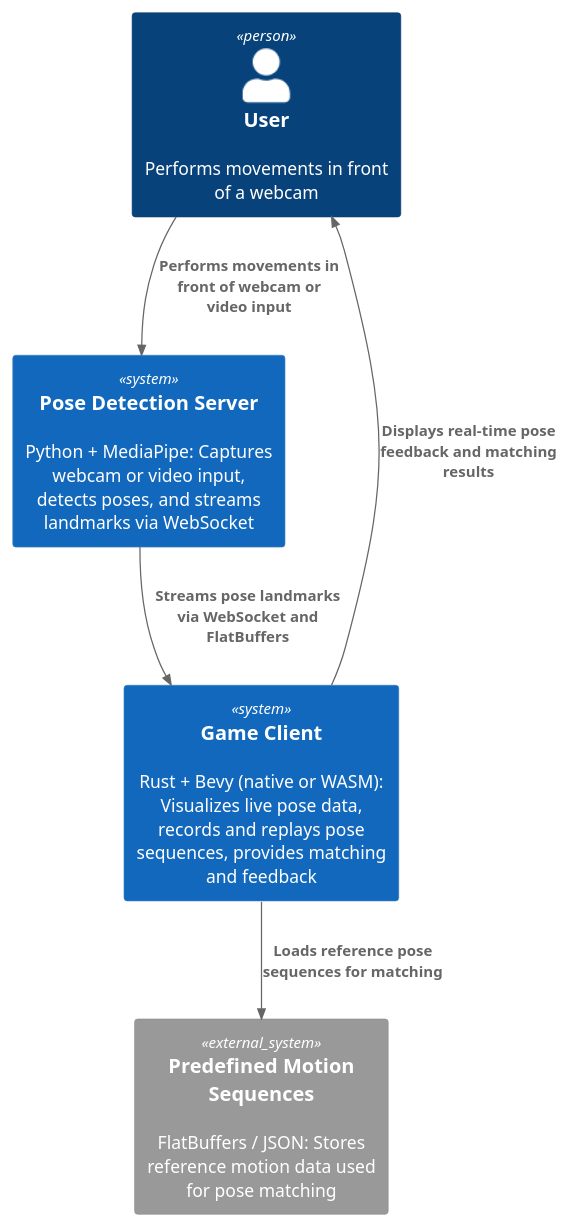
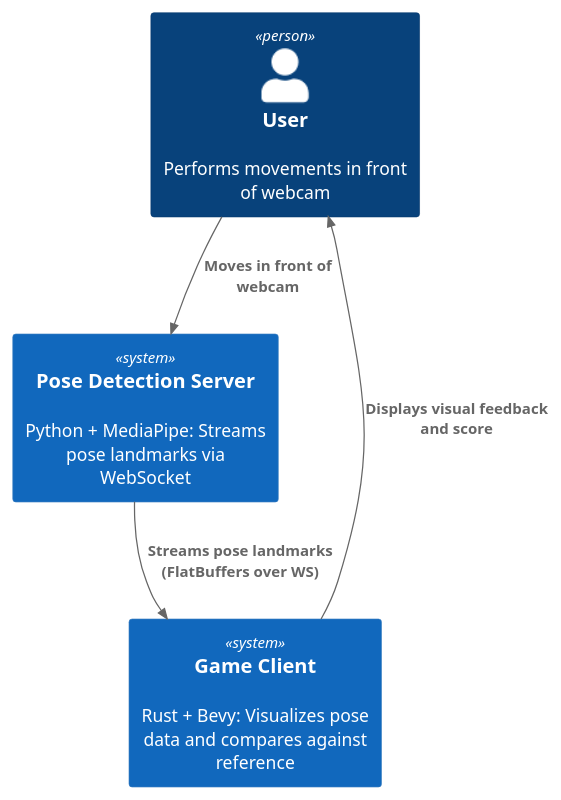
One commit to tobiaslocker/pose changed the diagram in docs/arch/diagrams/c4-level-1-system-context.puml. Above: the diagram before and after it, drawn with PlantUML. The commit also changed 2 other files, not shown here.

```diff
--- a/docs/arch/diagrams/c4-level-1-system-context.puml
+++ b/docs/arch/diagrams/c4-level-1-system-context.puml
@@ -1,17 +1,13 @@
 @startuml
 !includeurl https://raw.githubusercontent.com/plantuml-stdlib/C4-PlantUML/master/C4_Context.puml
 
-Person(user, "User", "Performs movements in front of a webcam")
+Person(user, "User", "Performs movements in front of webcam")
 
-System(gameClient, "Game Client", "Rust + Bevy (native or WASM): Visualizes live pose data, records and replays pose sequences, provides matching and feedback")
+System(gameClient, "Game Client", "Rust + Bevy: Visualizes pose data and compares against reference")
 
-System(poseServer, "Pose Detection Server", "Python + MediaPipe: Captures webcam or video input, detects poses, and streams landmarks via WebSocket")
+System(poseServer, "Pose Detection Server", "Python + MediaPipe: Streams pose landmarks via WebSocket")
 
-System_Ext(predefinedSequences, "Predefined Motion Sequences", "FlatBuffers / JSON: Stores reference motion data used for pose matching")
-
-Rel(user, poseServer, "Performs movements in front of webcam or video input")
-Rel(poseServer, gameClient, "Streams pose landmarks via WebSocket and FlatBuffers")
-Rel(gameClient, predefinedSequences, "Loads reference pose sequences for matching")
-Rel(gameClient, user, "Displays real-time pose feedback and matching results")
-
+Rel(user, poseServer, "Moves in front of webcam")
+Rel(poseServer, gameClient, "Streams pose landmarks (FlatBuffers over WS)")
+Rel(gameClient, user, "Displays visual feedback and score")
 @enduml
```
